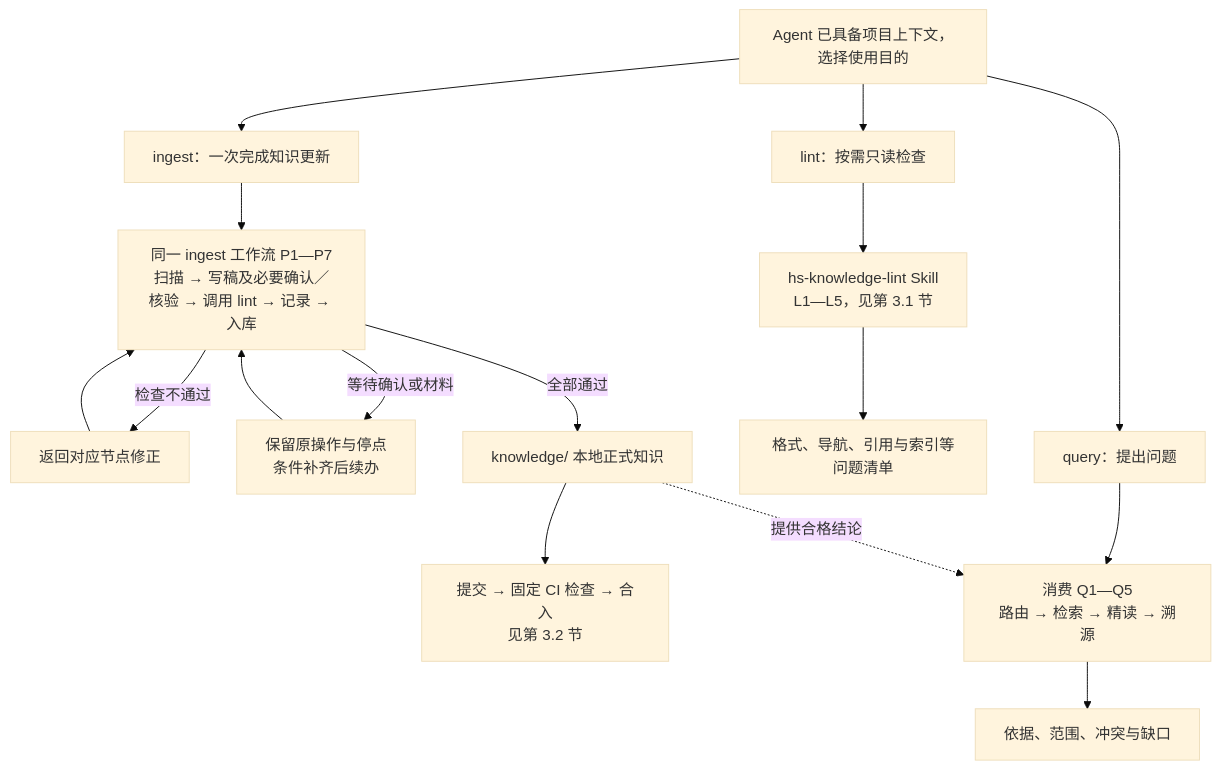
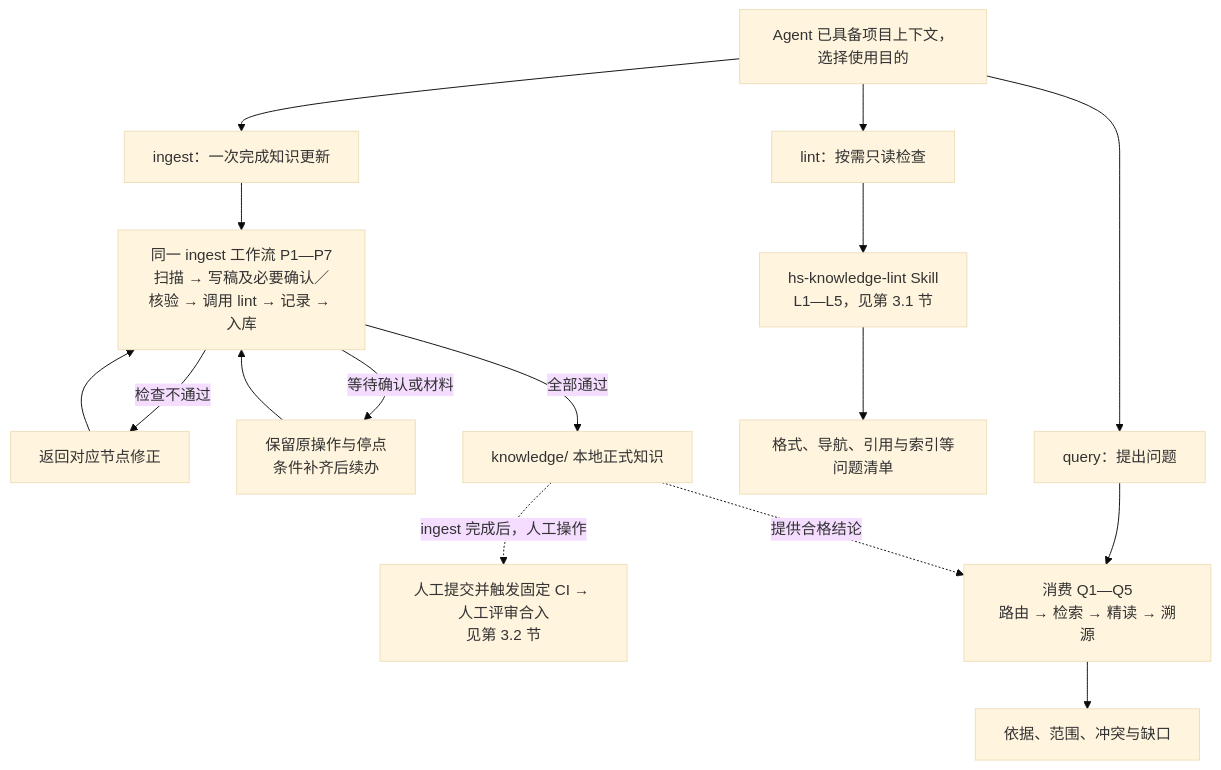
The second of 19 diagrams in aiotbot-knowledge-wifi-mp/docs-llm-wiki/知识库详细设计.md (Robin-hhc/FactumCore), drawn with Mermaid (base theme) before and after one commit. The commit also changed other lines of this file and 95 other files, not shown here.

````diff
--- a/aiotbot-knowledge-wifi-mp/docs-llm-wiki/知识库详细设计.md
+++ b/aiotbot-knowledge-wifi-mp/docs-llm-wiki/知识库详细设计.md
@@ -47,18 +47,18 @@
 ```mermaid
 flowchart TD
     U["Agent 已具备项目上下文，选择使用目的"] --> IN["ingest：一次完成知识更新"]
     IN --> P["同一 ingest 工作流 P1—P7<br/>扫描 → 写稿及必要确认／核验 → 调用 lint → 记录 → 入库"]
     P -->|"检查不通过"| FIX["返回对应节点修正"]
     FIX --> P
     P -->|"等待确认或材料"| WAIT["保留原操作与停点<br/>条件补齐后续办"]
     WAIT --> P
     P -->|"全部通过"| K["knowledge/ 本地正式知识"]
-    K --> CI["提交 → 固定 CI 检查 → 合入<br/>见第 3.2 节"]
+    K -. "ingest 完成后，人工操作" .-> CI["人工提交并触发固定 CI → 人工评审合入<br/>见第 3.2 节"]
     U --> LI["lint：按需只读检查"]
     LI --> LINT["hs-knowledge-lint Skill<br/>L1—L5，见第 3.1 节"]
     LINT --> REPORT["格式、导航、引用与索引等问题清单"]
     U --> QU["query：提出问题"]
     QU --> Q["消费 Q1—Q5<br/>路由 → 检索 → 精读 → 溯源"]
     K -. "提供合格结论" .-> Q
     Q --> A["依据、范围、冲突与缺口"]
 ```
````
